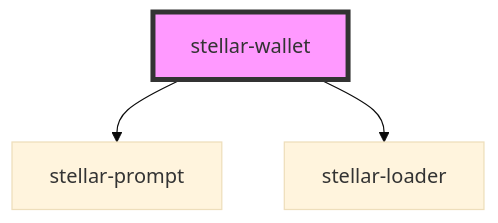
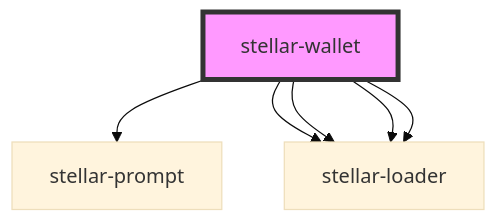
One commit to stellar/stellar-demo-wallet changed the diagram in src/components/wallet/readme.md. Above: the diagram before and after it, drawn with Mermaid (base theme). The commit also changed other lines of this file and 13 other files, not shown here.

````diff
--- a/src/components/wallet/readme.md
+++ b/src/components/wallet/readme.md
@@ -23,6 +26,9 @@
 ```mermaid
 graph TD;
   stellar-wallet --> stellar-prompt
   stellar-wallet --> stellar-loader
+  stellar-wallet --> stellar-loader
+  stellar-wallet --> stellar-loader
+  stellar-wallet --> stellar-loader
   style stellar-wallet fill:#f9f,stroke:#333,stroke-width:4px
 ```
````
